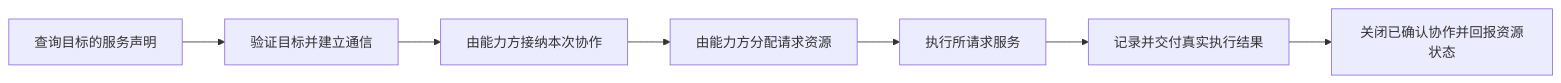
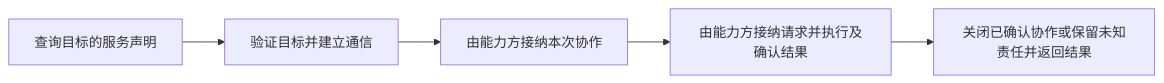
Before and after one commit to Jasonzhangf/AgentTeams: the second of 12 diagrams in docs/design/teams-behavior-model.md, drawn with Mermaid. The commit also changed other lines of this file and 11 other files, not shown here.

````diff
--- a/docs/design/teams-behavior-model.md
+++ b/docs/design/teams-behavior-model.md
@@ -42,9 +43,7 @@
 ```mermaid
 flowchart LR
   A[查询目标的服务声明] --> B[验证目标并建立通信]
   B --> C[由能力方接纳本次协作]
-  C --> D[由能力方分配请求资源]
-  D --> E[执行所请求服务]
-  E --> F[记录并交付真实执行结果]
-  F --> G[关闭已确认协作并回报资源状态]
+  C --> D[由能力方接纳请求并执行及确认结果]
+  D --> E[关闭已确认协作或保留未知责任并返回结果]
 ```
````
